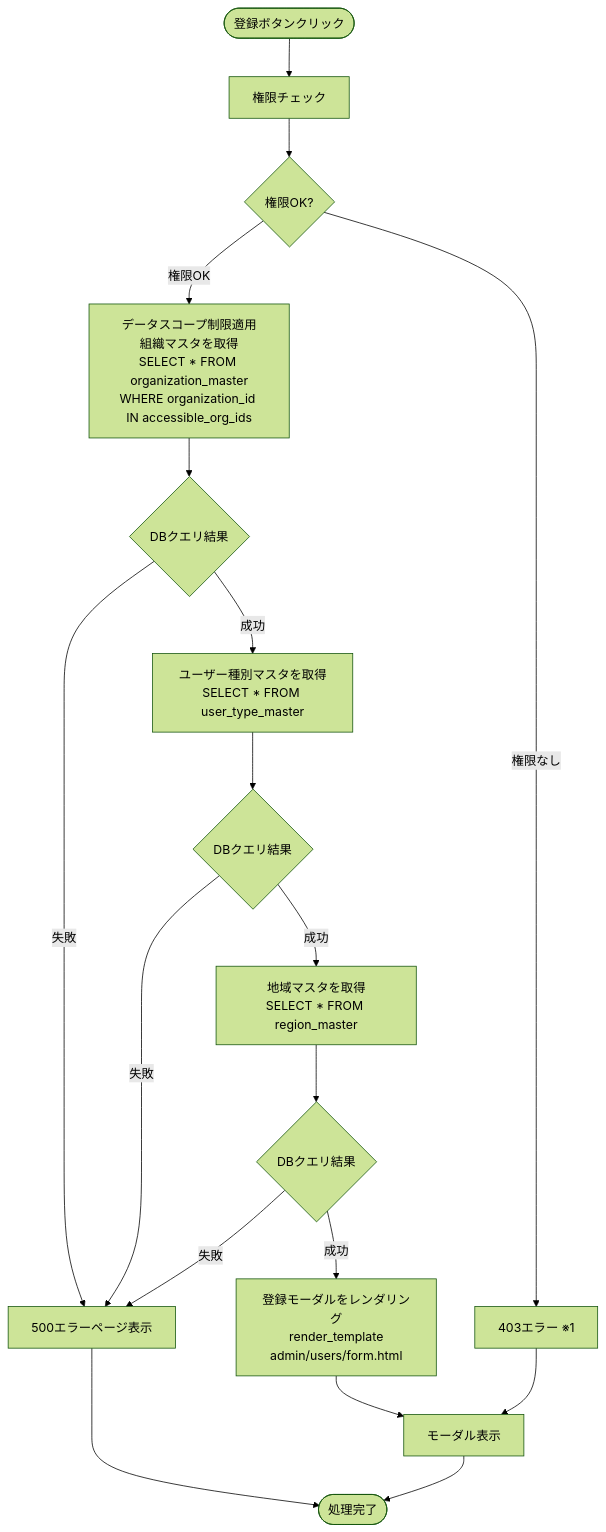
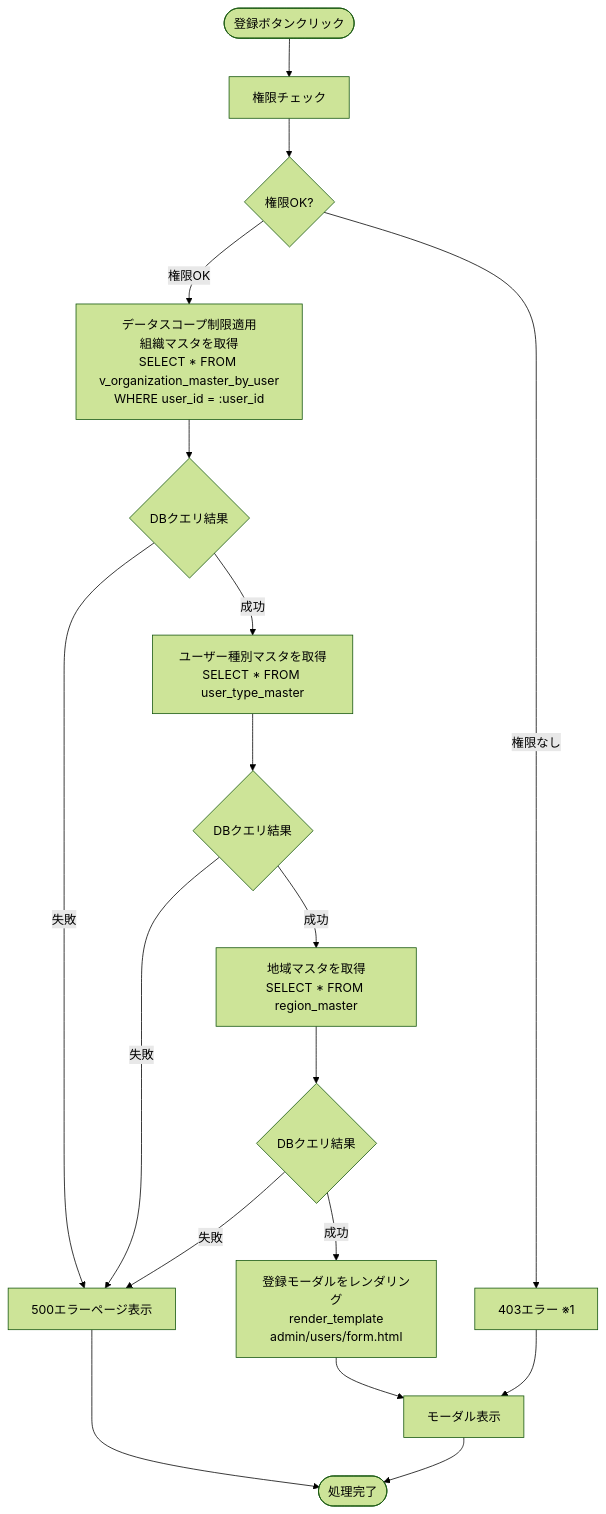
Before and after one commit to NSW-SVCP-AIWG002/Databricks-IoT: the third of 8 diagrams in docs/03-features/flask-app/users/workflow-specification.md, drawn with Mermaid (forest theme). The commit also changed other lines of this file, not shown here.

````diff
--- a/docs/03-features/flask-app/users/workflow-specification.md
+++ b/docs/03-features/flask-app/users/workflow-specification.md
@@ -647,28 +611,28 @@
 ```mermaid
 flowchart TD
     Start([登録ボタンクリック]) --> Permission[権限チェック]
     Permission --> CheckPerm{権限OK?}
     CheckPerm -->|権限なし| Error403[403エラー ※1]
 
-    CheckPerm -->|権限OK| GetOrg[データスコープ制限適用<br>組織マスタを取得<br>SELECT * FROM organization_master<br>WHERE organization_id IN accessible_org_ids]
+    CheckPerm -->|権限OK| GetOrg[データスコープ制限適用<br>組織マスタを取得<br>SELECT * FROM v_organization_master_by_user<br>WHERE user_id = :user_id]
     GetOrg --> CheckOrg{DBクエリ結果}
 
     CheckOrg -->|成功| GetUserType[ユーザー種別マスタを取得<br>SELECT * FROM user_type_master]
     CheckOrg -->|失敗| Error500[500エラーページ表示]
 
     GetUserType --> CheckUserType{DBクエリ結果}
 
     CheckUserType -->|成功| GetRegion[地域マスタを取得<br>SELECT * FROM region_master]
     CheckUserType -->|失敗| Error500[500エラーページ表示]
     
     GetRegion --> CheckRegion{DBクエリ結果}
 
     CheckRegion -->|成功| Template[登録モーダルをレンダリング<br>render_template<br>admin/users/form.html]
     CheckRegion -->|失敗| Error500[500エラーページ表示]
 
     Template --> View[モーダル表示]
     Error403 --> View
 
     Error500 --> End([処理完了])
     View --> End
 ```
````
